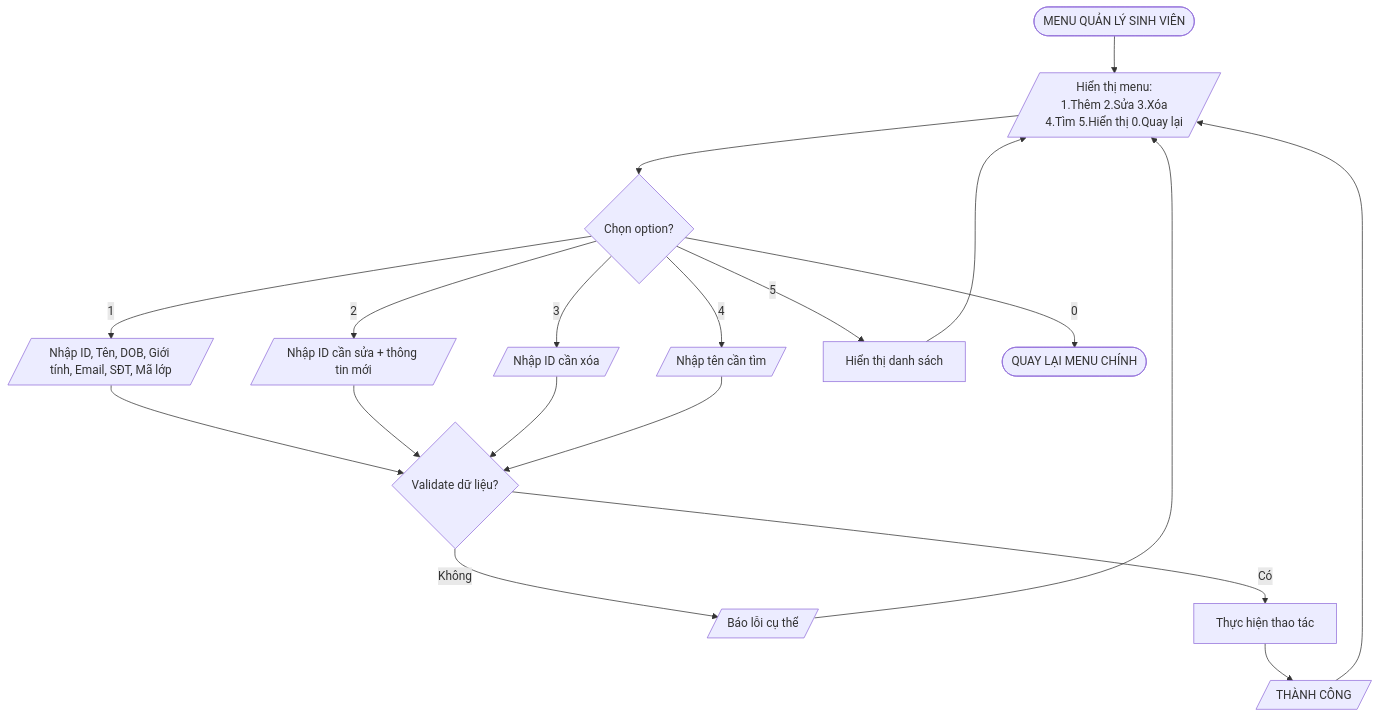
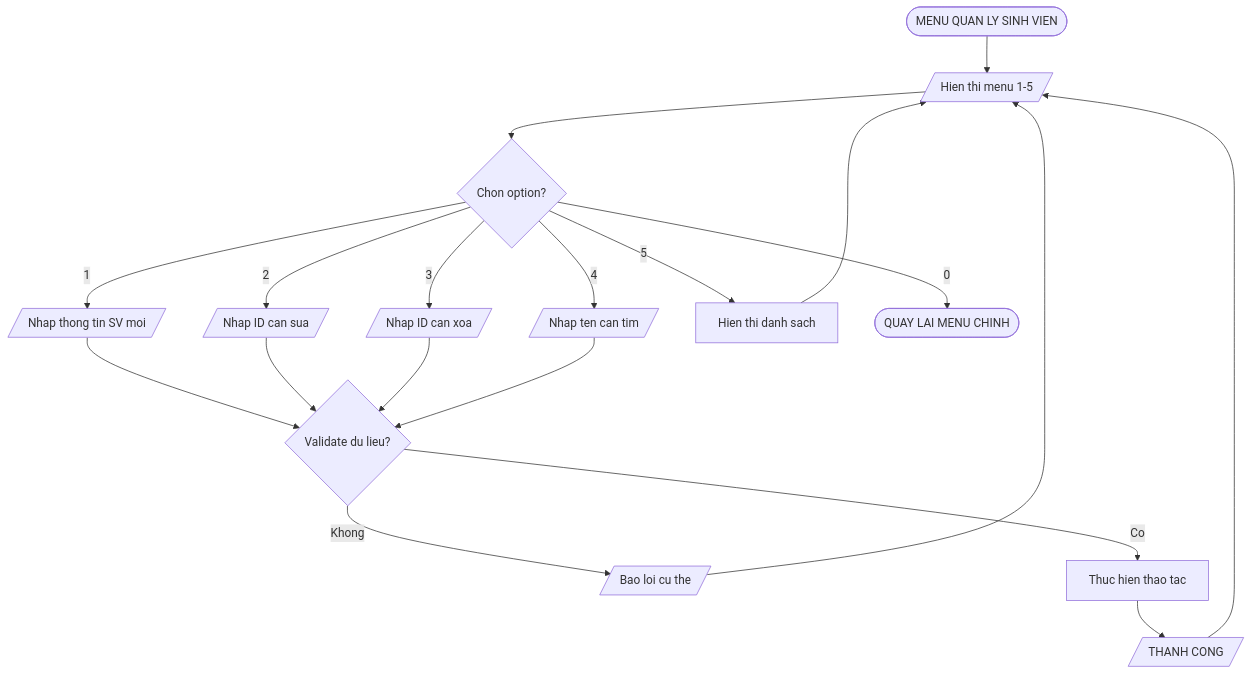
One commit to phucphuc2006/pro-192 changed the tenth of 20 diagrams in docs/Flowcharts/Flowcharts.md. Above: the diagram before and after it, drawn with Mermaid. The commit also changed other lines of this file, not shown here.

Commit message:
Fix Mermaid syntax for GitHub compatibility

````diff
--- a/docs/Flowcharts/Flowcharts.md
+++ b/docs/Flowcharts/Flowcharts.md
@@ -178,21 +178,21 @@
 ```mermaid
 flowchart TD
-    A([MENU QUẢN LÝ SINH VIÊN]) --> B[/"Hiển thị menu:<br/>1.Thêm 2.Sửa 3.Xóa<br/>4.Tìm 5.Hiển thị 0.Quay lại"/]
-    B --> C{Chọn option?}
-    C -->|1| D[/Nhập ID, Tên, DOB, Giới tính, Email, SĐT, Mã lớp/]
-    C -->|2| E[/Nhập ID cần sửa + thông tin mới/]
-    C -->|3| F[/Nhập ID cần xóa/]
-    C -->|4| G[/Nhập tên cần tìm/]
-    C -->|5| H[Hiển thị danh sách]
-    C -->|0| I([QUAY LẠI MENU CHÍNH])
-    D --> J{Validate dữ liệu?}
+    A([MENU QUAN LY SINH VIEN]) --> B[/Hien thi menu 1-5/]
+    B --> C{Chon option?}
+    C -->|1| D[/Nhap thong tin SV moi/]
+    C -->|2| E[/Nhap ID can sua/]
+    C -->|3| F[/Nhap ID can xoa/]
+    C -->|4| G[/Nhap ten can tim/]
+    C -->|5| H[Hien thi danh sach]
+    C -->|0| I([QUAY LAI MENU CHINH])
+    D --> J{Validate du lieu?}
     E --> J
     F --> J
     G --> J
     H --> B
-    J -->|Không| K[/Báo lỗi cụ thể/]
+    J -->|Khong| K[/Bao loi cu the/]
     K --> B
-    J -->|Có| L[Thực hiện thao tác]
-    L --> M[/THÀNH CÔNG/]
+    J -->|Co| L[Thuc hien thao tac]
+    L --> M[/THANH CONG/]
     M --> B
 ```
````
